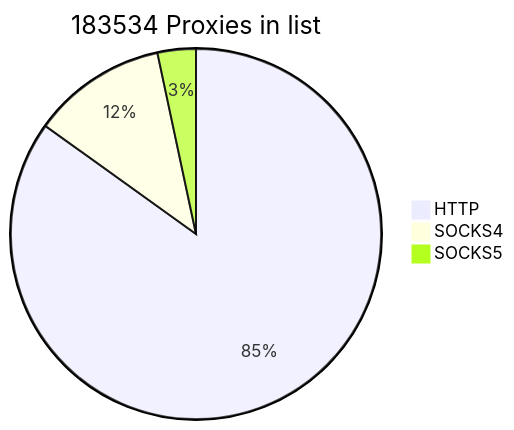
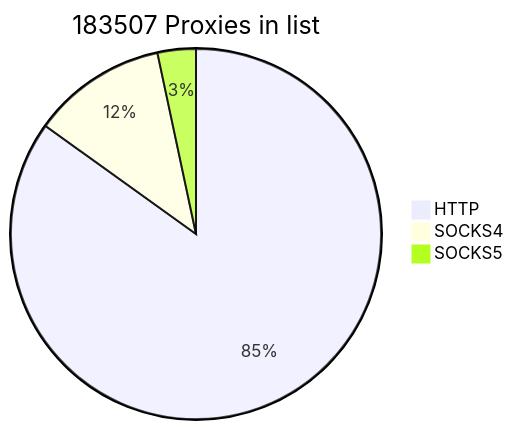
The first of 2 diagrams in README.md (cutipu/proxylist), drawn with Mermaid before and after one commit. The commit also changed other lines of this file, not shown here.

````diff
--- a/README.md
+++ b/README.md
@@ -2,7 +2,7 @@
 ```mermaid
-pie title 183534 Proxies in list
-    "HTTP" : 155827
-    "SOCKS4" : 21569
-    "SOCKS5" : 6138
+pie title 183507 Proxies in list
+    "HTTP" : 155812
+    "SOCKS4" : 21559
+    "SOCKS5" : 6136
             
 ```
````
